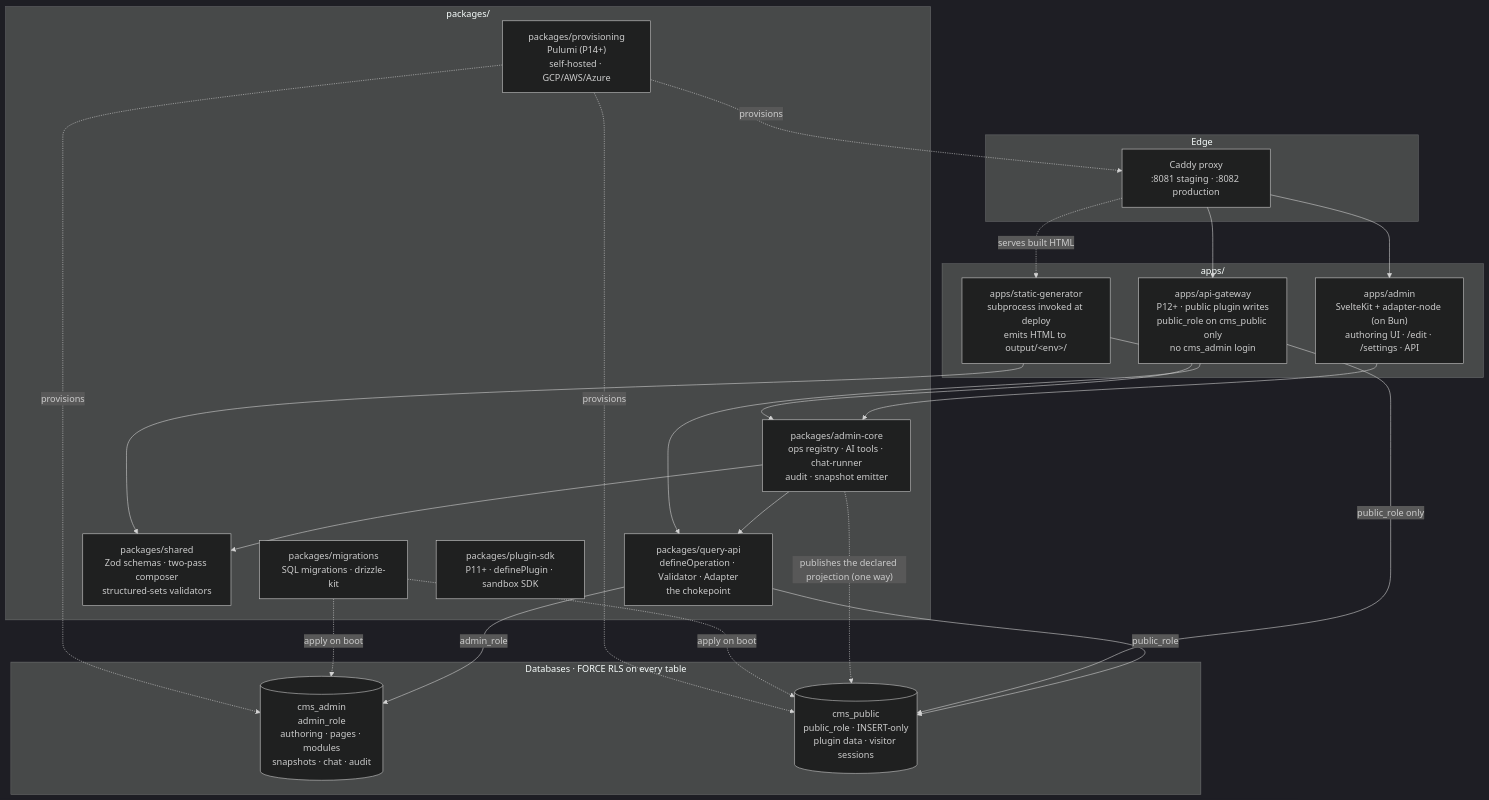
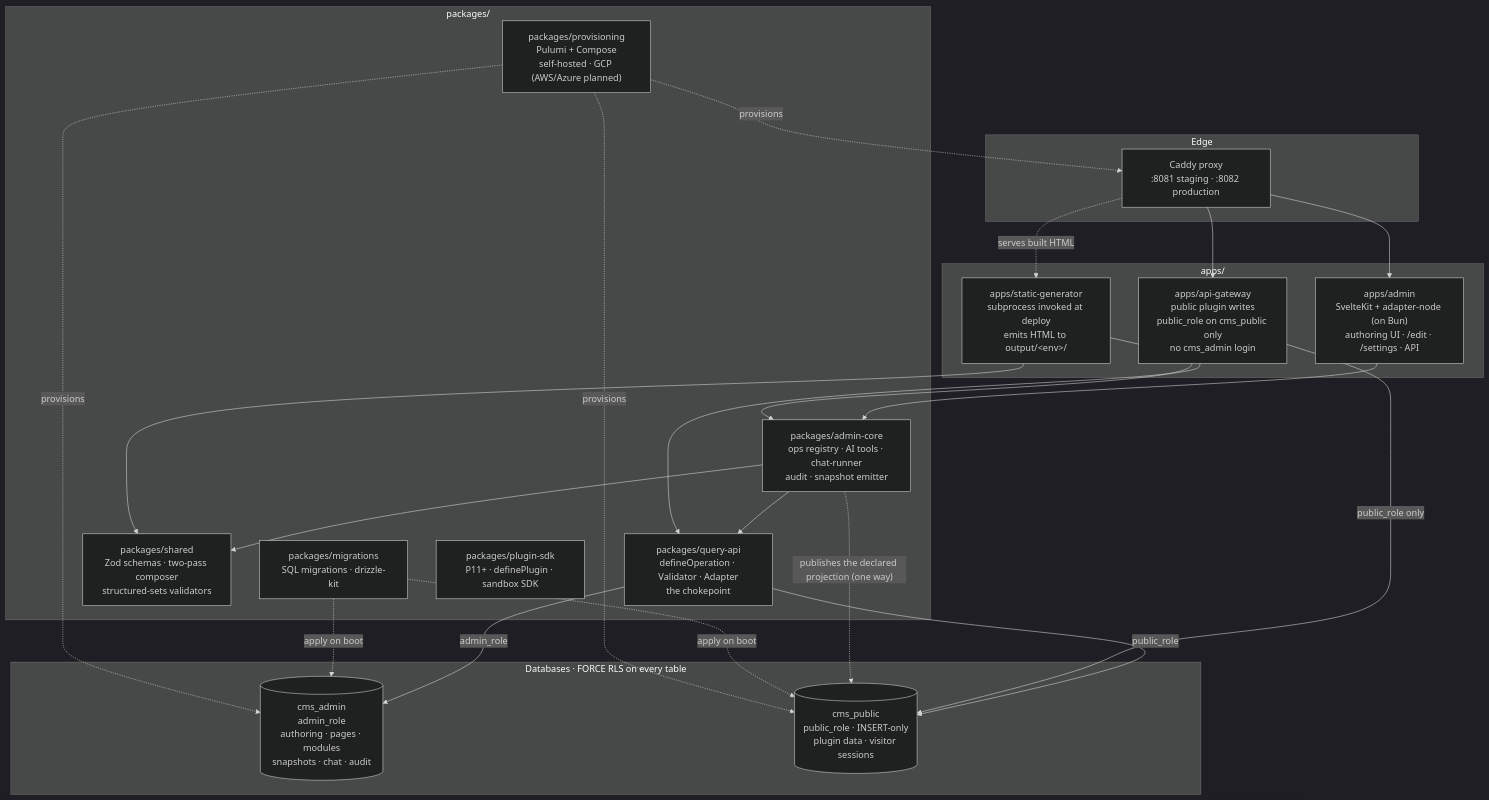
One commit to caelo-cms/caelo-cms changed the first of 4 diagrams in ARCHITECTURE.md. Above: the diagram before and after it, drawn with Mermaid (dark theme). The commit also changed other lines of this file and 47 other files, not shown here.

````diff
--- a/ARCHITECTURE.md
+++ b/ARCHITECTURE.md
@@ -11,49 +11,49 @@
 ```mermaid
 graph TD
   subgraph edge["Edge"]
     Caddy["Caddy proxy<br/>:8081 staging · :8082 production"]
   end
 
   subgraph apps["apps/"]
     Admin["apps/admin<br/>SvelteKit + adapter-node (on Bun)<br/>authoring UI · /edit · /settings · API"]
     StaticGen["apps/static-generator<br/>subprocess invoked at deploy<br/>emits HTML to output/&lt;env&gt;/"]
-    Gateway["apps/api-gateway<br/>P12+ · public plugin writes<br/>public_role on cms_public only<br/>no cms_admin login"]
+    Gateway["apps/api-gateway<br/>public plugin writes<br/>public_role on cms_public only<br/>no cms_admin login"]
   end
 
   subgraph pkgs["packages/"]
     AdminCore["packages/admin-core<br/>ops registry · AI tools · chat-runner<br/>audit · snapshot emitter"]
     QueryApi["packages/query-api<br/>defineOperation · Validator · Adapter<br/>the chokepoint"]
     Shared["packages/shared<br/>Zod schemas · two-pass composer<br/>structured-sets validators"]
     Migrations["packages/migrations<br/>SQL migrations · drizzle-kit"]
-    Provisioning["packages/provisioning<br/>Pulumi (P14+)<br/>self-hosted · GCP/AWS/Azure"]
+    Provisioning["packages/provisioning<br/>Pulumi + Compose<br/>self-hosted · GCP (AWS/Azure planned)"]
     PluginSdk["packages/plugin-sdk<br/>P11+ · definePlugin · sandbox SDK"]
   end
 
   subgraph dbs["Databases · FORCE RLS on every table"]
     CmsAdmin[("cms_admin<br/>admin_role<br/>authoring · pages · modules<br/>snapshots · chat · audit")]
     CmsPublic[("cms_public<br/>public_role · INSERT-only<br/>plugin data · visitor sessions")]
   end
 
   Caddy --> Admin
   Caddy --> Gateway
   Caddy -. serves built HTML .-> StaticGen
 
   Admin --> AdminCore
   AdminCore --> QueryApi
   AdminCore --> Shared
   Gateway --> QueryApi
   StaticGen --> AdminCore
   StaticGen --> Shared
 
   QueryApi -- admin_role --> CmsAdmin
   QueryApi -- public_role --> CmsPublic
   Gateway -- "public_role only" --> CmsPublic
   AdminCore -. "publishes the declared projection (one way)" .-> CmsPublic
 
   Migrations -. apply on boot .-> CmsAdmin
   Migrations -. apply on boot .-> CmsPublic
 
   Provisioning -. provisions .-> Caddy
   Provisioning -. provisions .-> CmsAdmin
   Provisioning -. provisions .-> CmsPublic
 ```
````
